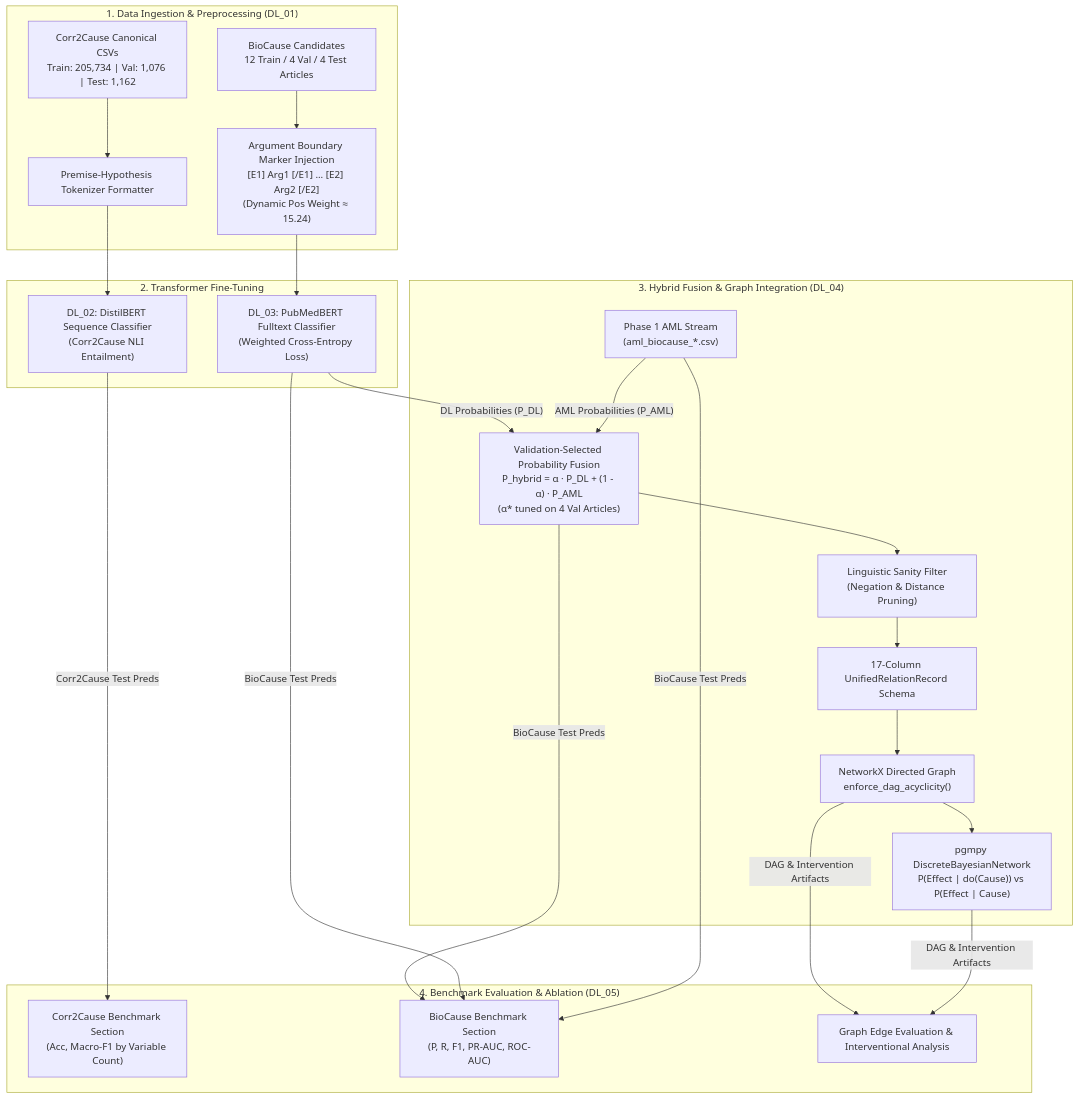
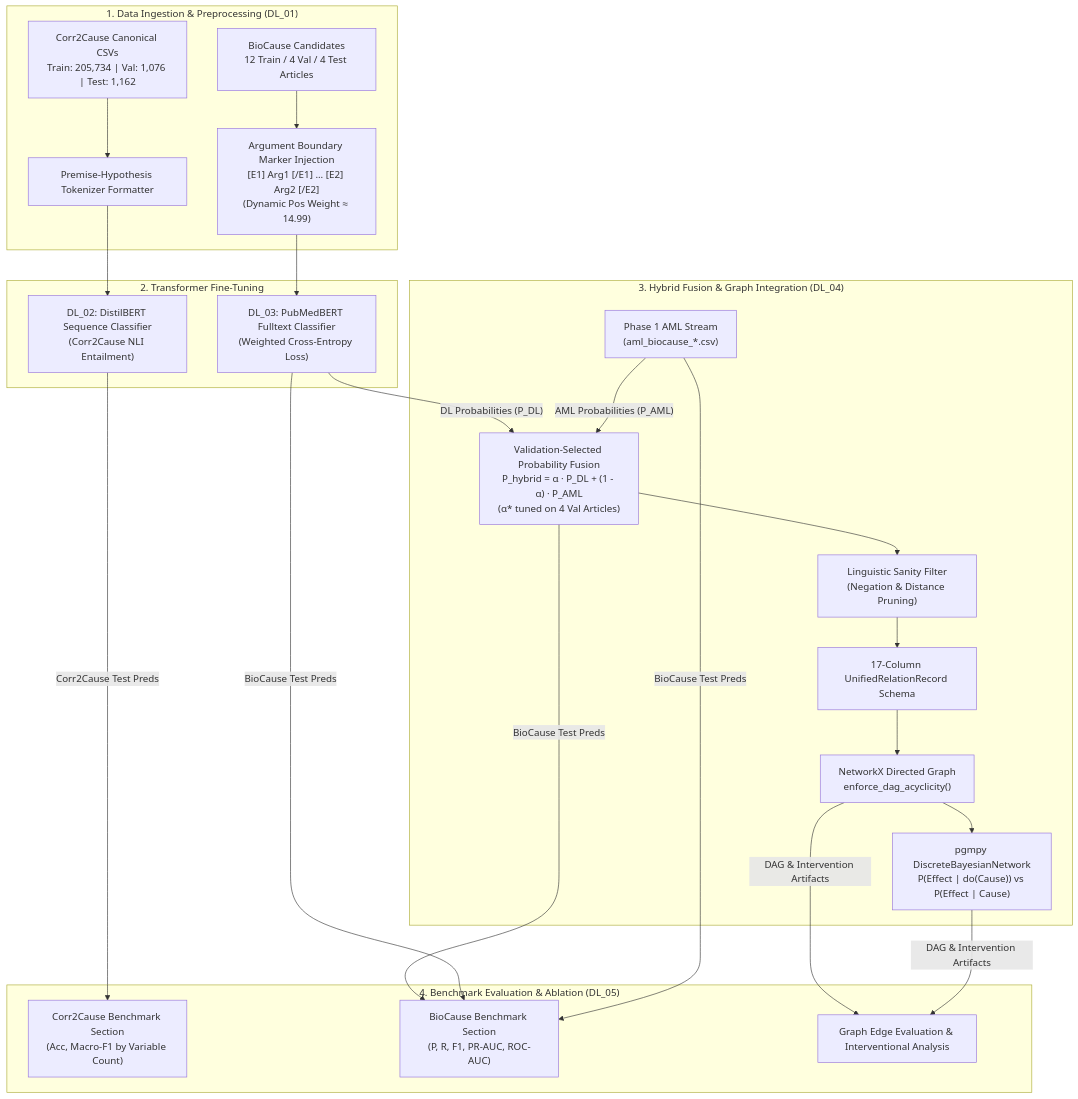
Before and after one commit to alpha-sml/causal-nlp-reasoning: the diagram in DL/README.md, drawn with Mermaid. The commit also changed other lines of this file and 4 other files, not shown here.

````diff
--- a/DL/README.md
+++ b/DL/README.md
@@ -21,27 +21,27 @@
 ```mermaid
 flowchart TD
     subgraph S1["1. Data Ingestion & Preprocessing (DL_01)"]
         D1["Corr2Cause Canonical CSVs<br/>Train: 205,734 | Val: 1,076 | Test: 1,162"] --> P1["Premise-Hypothesis Tokenizer Formatter"]
-        D2["BioCause Candidates<br/>12 Train / 4 Val / 4 Test Articles"] --> P2["Argument Boundary Marker Injection<br/>[E1] Arg1 [/E1] ... [E2] Arg2 [/E2]<br/>(Dynamic Pos Weight ≈ 15.24)"]
+        D2["BioCause Candidates<br/>12 Train / 4 Val / 4 Test Articles"] --> P2["Argument Boundary Marker Injection<br/>[E1] Arg1 [/E1] ... [E2] Arg2 [/E2]<br/>(Dynamic Pos Weight ≈ 14.99)"]
     end
 
     subgraph S2["2. Transformer Fine-Tuning"]
         P1 --> M1["DL_02: DistilBERT Sequence Classifier<br/>(Corr2Cause NLI Entailment)"]
         P2 --> M2["DL_03: PubMedBERT Fulltext Classifier<br/>(Weighted Cross-Entropy Loss)"]
     end
 
     subgraph S3["3. Hybrid Fusion & Graph Integration (DL_04)"]
         M2 -->|"DL Probabilities (P_DL)"| H1["Validation-Selected Probability Fusion<br/>P_hybrid = α · P_DL + (1 - α) · P_AML<br/>(α* tuned on 4 Val Articles)"]
         AML["Phase 1 AML Stream<br/>(aml_biocause_*.csv)"] -->|"AML Probabilities (P_AML)"| H1
         H1 --> L1["Linguistic Sanity Filter<br/>(Negation & Distance Pruning)"]
         L1 --> R1["17-Column UnifiedRelationRecord Schema"]
         R1 --> G1["NetworkX Directed Graph<br/>enforce_dag_acyclicity()"]
         G1 --> G2["pgmpy DiscreteBayesianNetwork<br/>P(Effect | do(Cause)) vs P(Effect | Cause)"]
     end
 
     subgraph S4["4. Benchmark Evaluation & Ablation (DL_05)"]
         M1 -->|"Corr2Cause Test Preds"| E1["Corr2Cause Benchmark Section<br/>(Acc, Macro-F1 by Variable Count)"]
         H1 & M2 & AML -->|"BioCause Test Preds"| E2["BioCause Benchmark Section<br/>(P, R, F1, PR-AUC, ROC-AUC)"]
         G1 & G2 -->|"DAG & Intervention Artifacts"| E3["Graph Edge Evaluation & Interventional Analysis"]
     end
 ```
````
